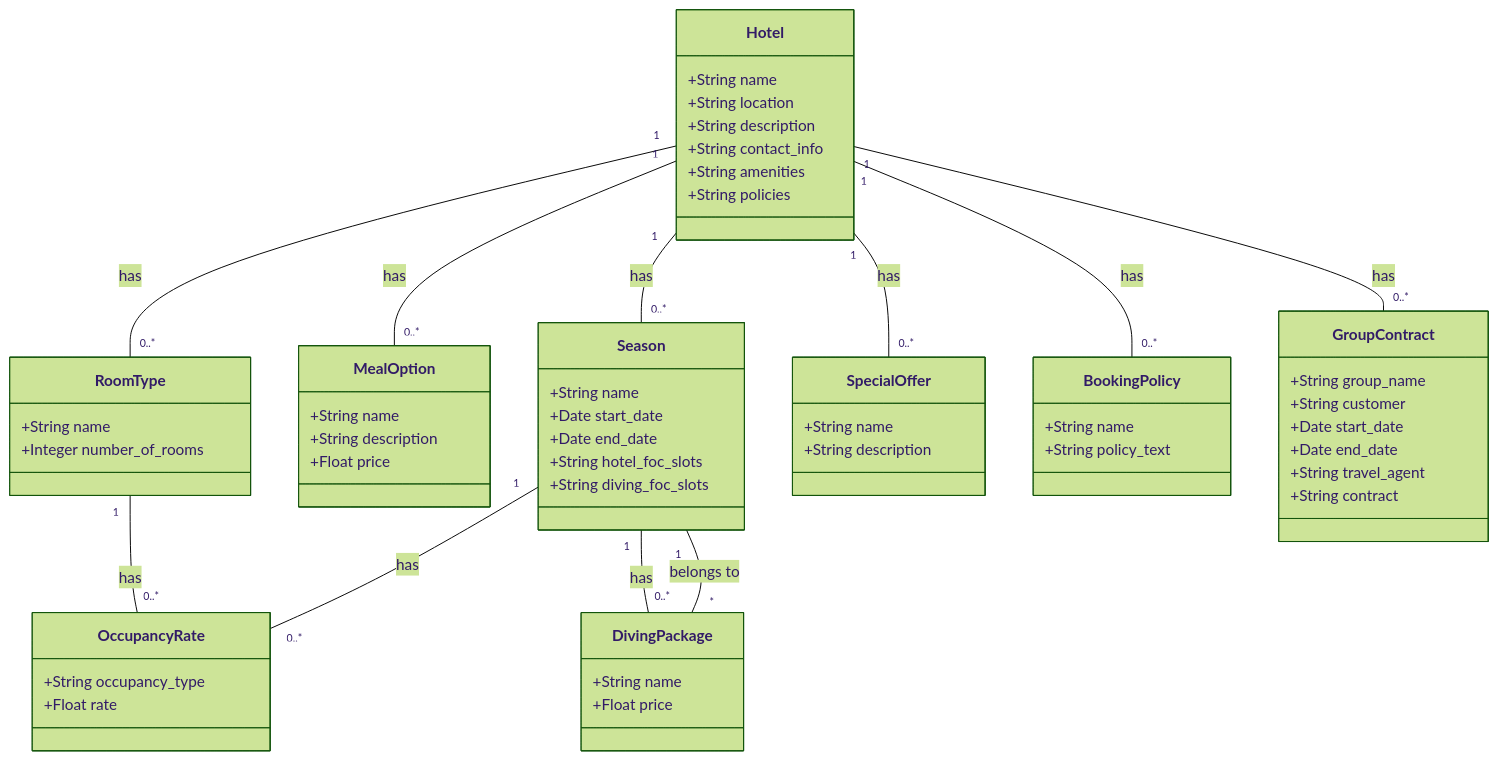
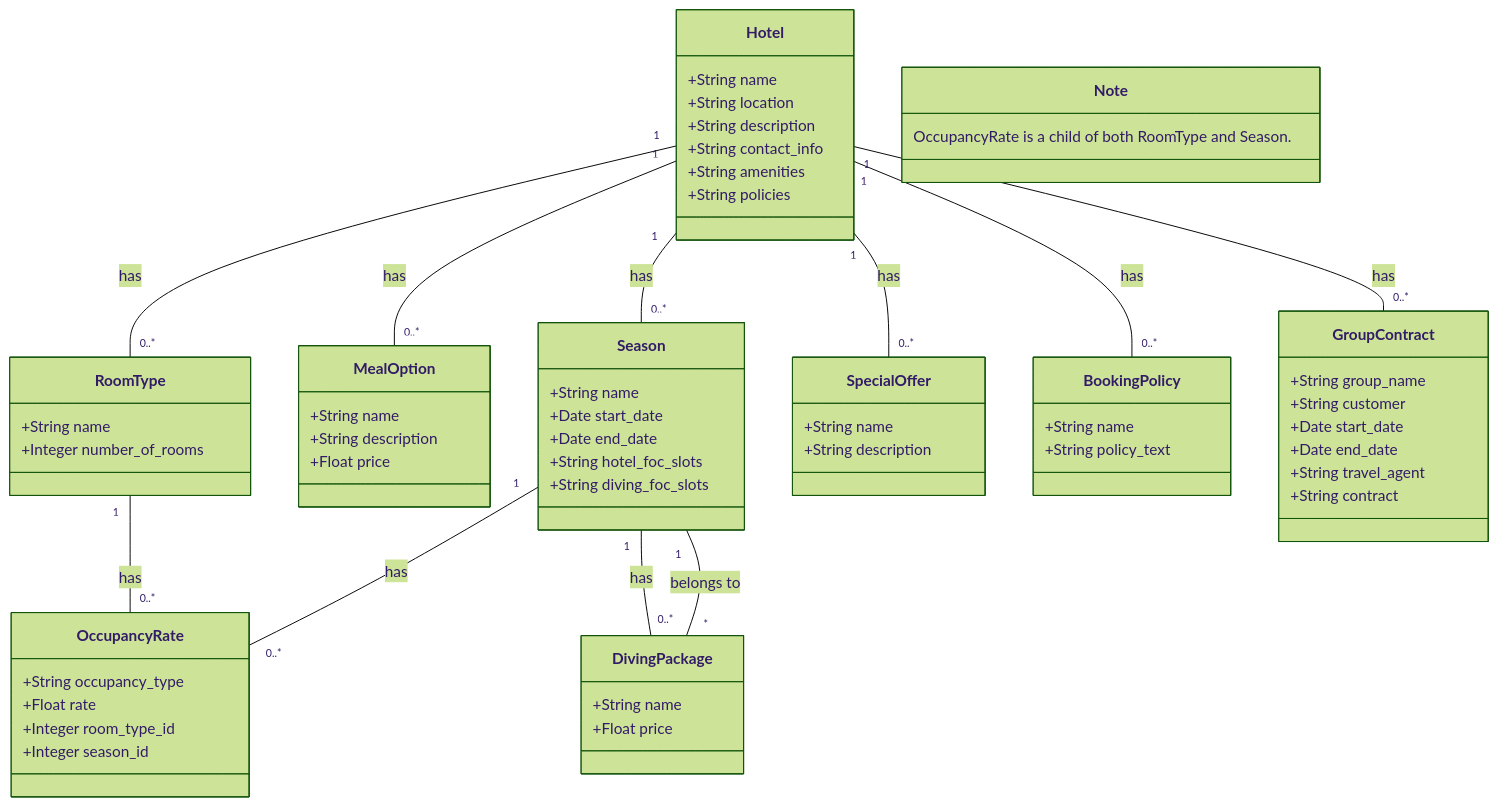
One commit to spizeck/SeaSabaBackend changed the diagram in README.md. Above: the diagram before and after it, drawn with Mermaid (forest theme). The commit also changed 5 other files, not shown here.

````diff
--- a/README.md
+++ b/README.md
@@ -81,62 +81,65 @@
 ```mermaid
 
 classDiagram
     class Hotel {
       +String name
       +String location
       +String description
       +String contact_info
       +String amenities
       +String policies
     }
     class RoomType {
       +String name
       +Integer number_of_rooms
     }
     class OccupancyRate {
       +String occupancy_type
       +Float rate
+      +Integer room_type_id
+      +Integer season_id
     }
     class MealOption {
       +String name
       +String description
       +Float price
     }
     class Season {
       +String name
       +Date start_date
       +Date end_date
       +String hotel_foc_slots
       +String diving_foc_slots
     }
     class DivingPackage {
       +String name
       +Float price
     }
     class SpecialOffer {
       +String name
       +String description
     }
     class BookingPolicy {
       +String name
       +String policy_text
     }
     class GroupContract {
       +String group_name
       +String customer
       +Date start_date
       +Date end_date
       +String travel_agent
       +String contract
     }
     Hotel "1" -- "0..*" RoomType : has
     Hotel "1" -- "0..*" MealOption : has
     Hotel "1" -- "0..*" SpecialOffer : has
     Hotel "1" -- "0..*" BookingPolicy : has
     Hotel "1" -- "0..*" Season : has
     Hotel "1" -- "0..*" GroupContract : has
     RoomType "1" -- "0..*" OccupancyRate : has
     Season "1" -- "0..*" OccupancyRate : has
     Season "1" -- "0..*" DivingPackage : has
     DivingPackage "*" -- "1" Season : belongs to
+    Note: OccupancyRate is a child of both RoomType and Season.
 ```
````
